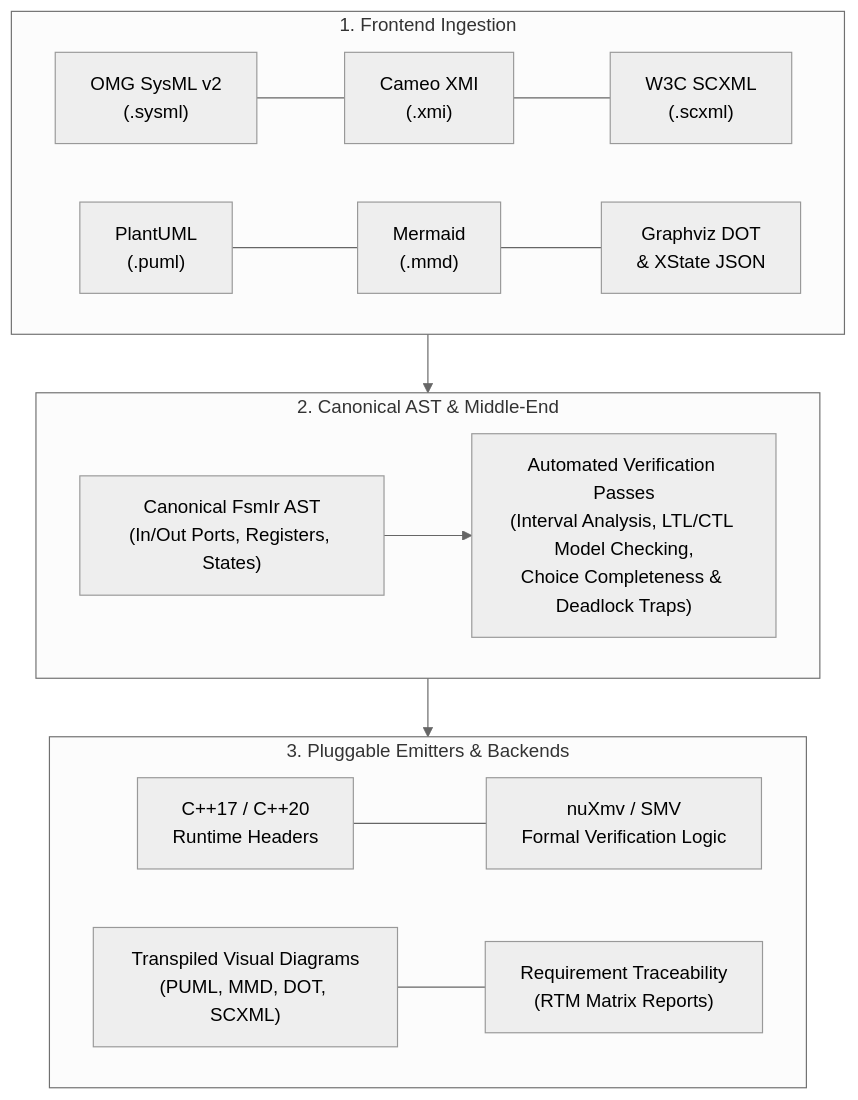
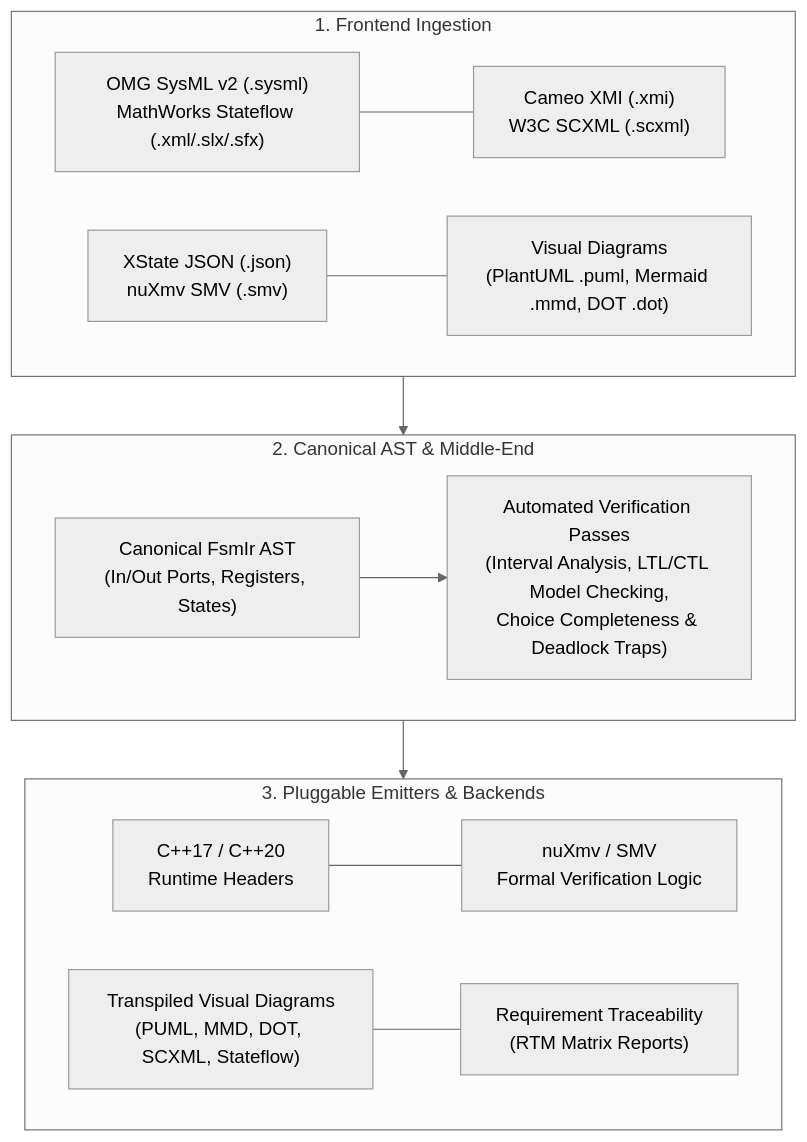
One commit to simoneCavalleri/fsmc changed the diagram in docs/formal_languages/index.md. Above: the diagram before and after it, drawn with Mermaid (neutral theme). The commit also changed other lines of this file and 11 other files, not shown here.

````diff
--- a/docs/formal_languages/index.md
+++ b/docs/formal_languages/index.md
@@ -25,21 +28,21 @@
 ```mermaid
 flowchart TD
     subgraph Frontends["1. Frontend Ingestion"]
-        F1["OMG SysML v2<br/>(.sysml)"] --- F2["Cameo XMI<br/>(.xmi)"] --- F3["W3C SCXML<br/>(.scxml)"]
-        F4["PlantUML<br/>(.puml)"] --- F5["Mermaid<br/>(.mmd)"] --- F6["Graphviz DOT<br/>& XState JSON"]
+        F1["OMG SysML v2 (.sysml)<br/>MathWorks Stateflow (.xml/.slx/.sfx)"] --- F2["Cameo XMI (.xmi)<br/>W3C SCXML (.scxml)"]
+        F3["XState JSON (.json)<br/>nuXmv SMV (.smv)"] --- F4["Visual Diagrams<br/>(PlantUML .puml, Mermaid .mmd, DOT .dot)"]
     end
 
     subgraph Core["2. Canonical AST & Middle-End"]
         IR["Canonical FsmIr AST<br/>(In/Out Ports, Registers, States)"]
         Passes["Automated Verification Passes<br/>(Interval Analysis, LTL/CTL Model Checking,<br/>Choice Completeness & Deadlock Traps)"]
         IR --> Passes
     end
 
     subgraph Emitters["3. Pluggable Emitters & Backends"]
         E1["C++17 / C++20<br/>Runtime Headers"] --- E2["nuXmv / SMV<br/>Formal Verification Logic"]
-        E3["Transpiled Visual Diagrams<br/>(PUML, MMD, DOT, SCXML)"] --- E4["Requirement Traceability<br/>(RTM Matrix Reports)"]
+        E3["Transpiled Visual Diagrams<br/>(PUML, MMD, DOT, SCXML, Stateflow)"] --- E4["Requirement Traceability<br/>(RTM Matrix Reports)"]
     end
 
     Frontends --> Core
     Core --> Emitters
 ```
````
